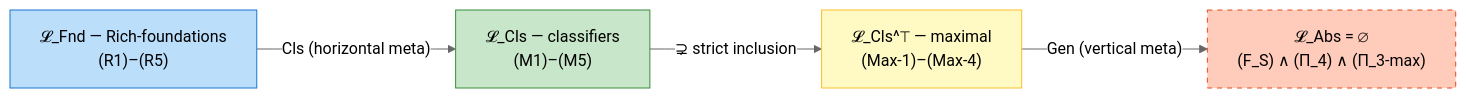
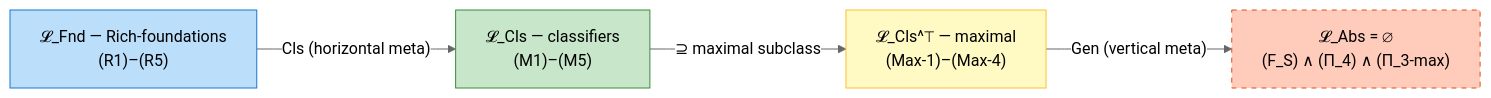
The diagram in README.md (gst-st/msfs), drawn with Mermaid (neutral theme) before and after one commit. The commit also changed other lines of this file and 11 other files, not shown here.

````diff
--- a/README.md
+++ b/README.md
@@ -36,14 +20,14 @@
 ```mermaid
 flowchart LR
  classDef fnd fill:#bbdefb,stroke:#1976d2,color:#000
  classDef cls fill:#c8e6c9,stroke:#388e3c,color:#000
  classDef top fill:#fff9c4,stroke:#fbc02d,color:#000
  classDef abs fill:#ffccbc,stroke:#e64a19,color:#000,stroke-dasharray:5 5
  FND["𝓛_Fnd — Rich-foundations<br/>(R1)–(R5)"]:::fnd
  CLS["𝓛_Cls — classifiers<br/>(M1)–(M5)"]:::cls
  TOP["𝓛_Cls^⊤ — maximal<br/>(Max-1)–(Max-4)"]:::top
  ABS["𝓛_Abs = ∅<br/>(F_S) ∧ (Π_4) ∧ (Π_3-max)"]:::abs
  FND -- "Cls (horizontal meta)" --> CLS
- CLS -- "⊋ strict inclusion" --> TOP
+ CLS -- "⊇ maximal subclass" --> TOP
  TOP -- "Gen (vertical meta)" --> ABS
 ```
````
